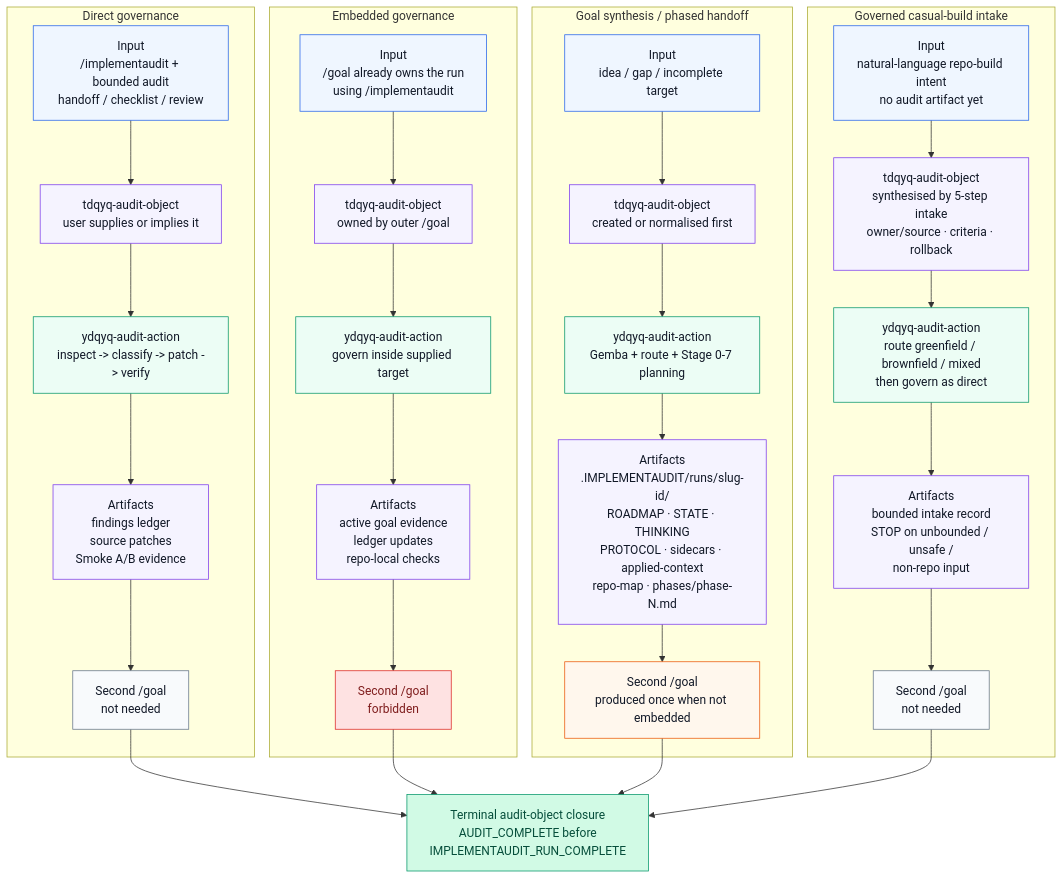
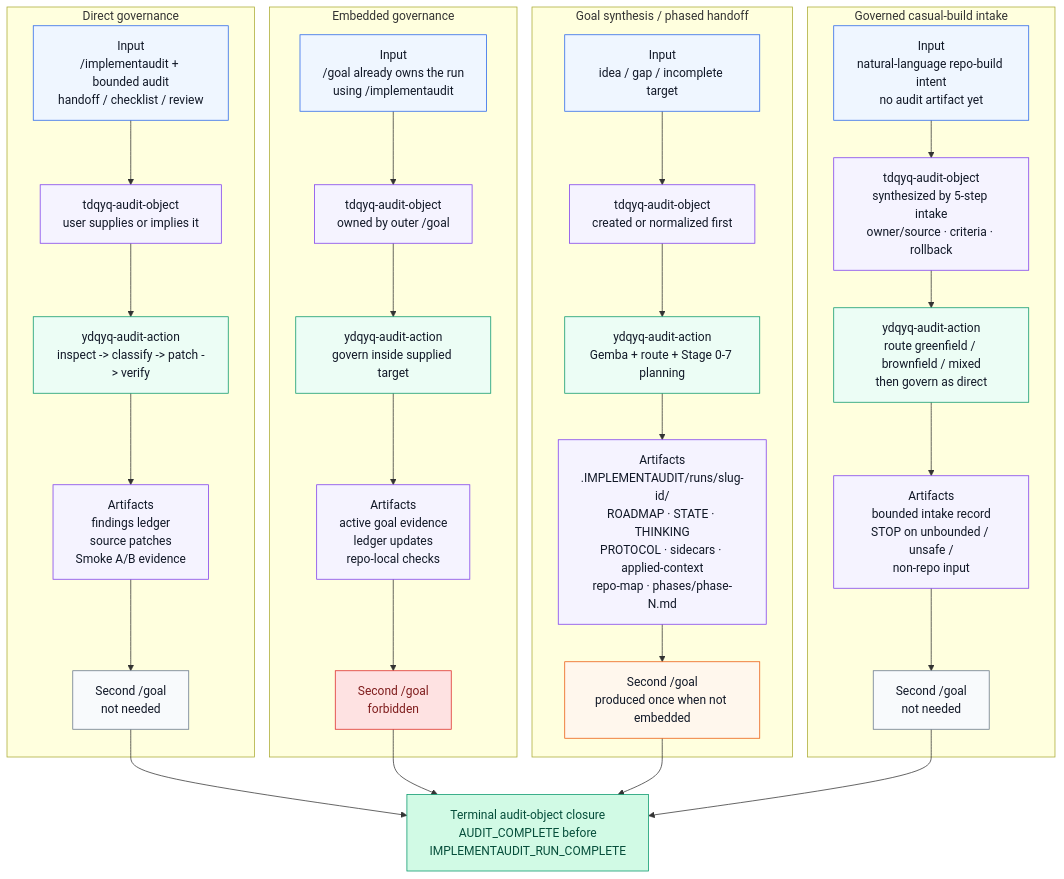
Before and after one commit to theislampill/IMPLEMENTAUDIT.md: the second of 3 diagrams in README.md, drawn with Mermaid. The commit also changed other lines of this file, not shown here.

````diff
--- a/README.md
+++ b/README.md
@@ -384,53 +384,53 @@
 ```mermaid
 flowchart TB
   Final["Terminal audit-object closure<br/>AUDIT_COMPLETE before<br/>IMPLEMENTAUDIT_RUN_COMPLETE"]:::success
 
   subgraph Direct["Direct governance"]
     DIn["Input<br/>/implementaudit + bounded audit<br/>handoff / checklist / review"]:::input
     DObj["tdqyq-audit-object<br/>user supplies or implies it"]:::artifact
     DLoop["ydqyq-audit-action<br/>inspect -> classify -> patch -> verify"]:::loop
     DArt["Artifacts<br/>findings ledger<br/>source patches<br/>Smoke A/B evidence"]:::artifact
     DGoal["Second /goal<br/>not needed"]:::boundary
     DIn --> DObj --> DLoop --> DArt --> DGoal
   end
 
   subgraph Embedded["Embedded governance"]
     EIn["Input<br/>/goal already owns the run<br/>using /implementaudit"]:::input
     EObj["tdqyq-audit-object<br/>owned by outer /goal"]:::artifact
     ELoop["ydqyq-audit-action<br/>govern inside supplied target"]:::loop
     EArt["Artifacts<br/>active goal evidence<br/>ledger updates<br/>repo-local checks"]:::artifact
     EGoal["Second /goal<br/>forbidden"]:::blocker
     EIn --> EObj --> ELoop --> EArt --> EGoal
   end
 
   subgraph Synthesis["Goal synthesis / phased handoff"]
     SIn["Input<br/>idea / gap / incomplete target"]:::input
-    SObj["tdqyq-audit-object<br/>created or normalised first"]:::artifact
+    SObj["tdqyq-audit-object<br/>created or normalized first"]:::artifact
     SLoop["ydqyq-audit-action<br/>Gemba + route + Stage 0-7 planning"]:::loop
     SArt["Artifacts<br/>.IMPLEMENTAUDIT/runs/slug-id/<br/>ROADMAP · STATE · THINKING<br/>PROTOCOL · sidecars · applied-context<br/>repo-map · phases/phase-N.md"]:::artifact
     SGoal["Second /goal<br/>produced once when not embedded"]:::handoff
     SIn --> SObj --> SLoop --> SArt --> SGoal
   end
 
   subgraph Casual["Governed casual-build intake"]
     CIn["Input<br/>natural-language repo-build intent<br/>no audit artifact yet"]:::input
-    CObj["tdqyq-audit-object<br/>synthesised by 5-step intake<br/>owner/source · criteria · rollback"]:::artifact
+    CObj["tdqyq-audit-object<br/>synthesized by 5-step intake<br/>owner/source · criteria · rollback"]:::artifact
     CLoop["ydqyq-audit-action<br/>route greenfield / brownfield / mixed<br/>then govern as direct"]:::loop
     CArt["Artifacts<br/>bounded intake record<br/>STOP on unbounded / unsafe /<br/>non-repo input"]:::artifact
     CGoal["Second /goal<br/>not needed"]:::boundary
     CIn --> CObj --> CLoop --> CArt --> CGoal
   end
 
   DGoal --> Final
   EGoal --> Final
   SGoal --> Final
   CGoal --> Final
 
   classDef input fill:#eff6ff,stroke:#2563eb,color:#111827
   classDef loop fill:#ecfdf5,stroke:#059669,color:#111827
   classDef artifact fill:#f5f3ff,stroke:#7c3aed,color:#111827
   classDef boundary fill:#f8fafc,stroke:#64748b,color:#111827
   classDef handoff fill:#fff7ed,stroke:#ea580c,color:#111827
   classDef blocker fill:#fee2e2,stroke:#dc2626,color:#7f1d1d
   classDef success fill:#d1fae5,stroke:#059669,color:#064e3b
 ```
````
